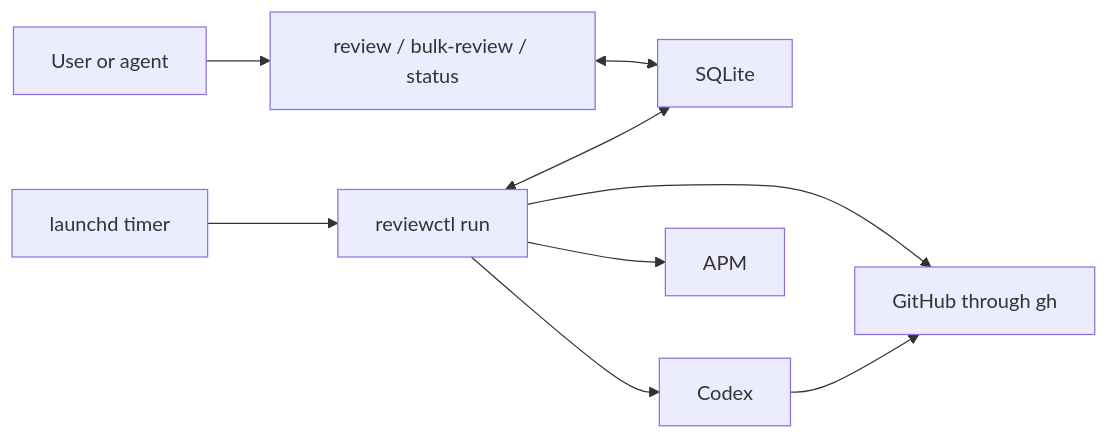
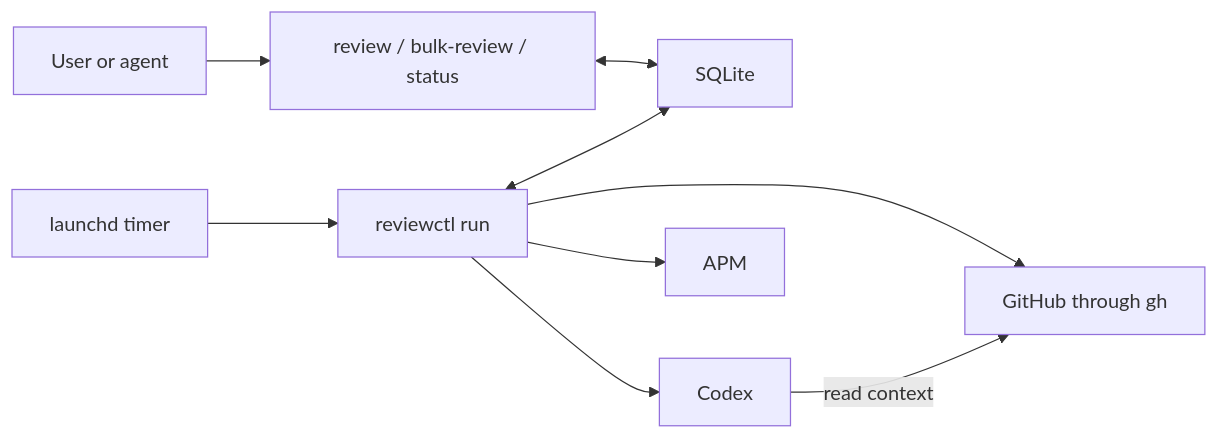
Before and after one commit to denifilatoff/reviewctl: the diagram in docs/architecture.md, drawn with Mermaid. The commit also changed other lines of this file and 11 other files, not shown here.

````diff
--- a/docs/architecture.md
+++ b/docs/architecture.md
@@ -57,11 +57,11 @@
 ```mermaid
 flowchart LR
     Timer["launchd timer"] --> Run["reviewctl run"]
     User["User or agent"] --> CLI["review / bulk-review / status"]
     Run <--> DB["SQLite"]
     CLI <--> DB
     Run --> GH["GitHub through gh"]
     Run --> APM["APM"]
     Run --> Codex["Codex"]
-    Codex --> GH
+    Codex -->|read context| GH
 ```
````
